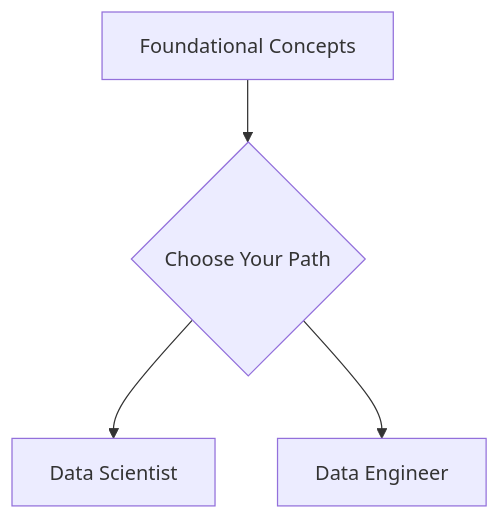
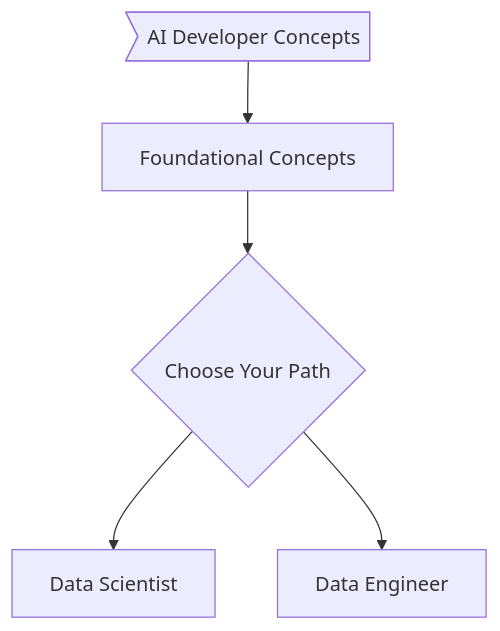
The diagram in readme.md (jasonmhead/AI-Expert-Roadmap-Connections), drawn with Mermaid before and after one commit. The commit also changed other lines of this file, not shown here.

````diff
--- a/readme.md
+++ b/readme.md
@@ -26,6 +21,7 @@
 ```mermaid
 flowchart TD
+en>AI Developer Concepts] --> 
 A[Foundational Concepts] --> B{Choose Your Path} 
 B --> C[Data Scientist] 
 B --> D[Data Engineer]
 ```
````
